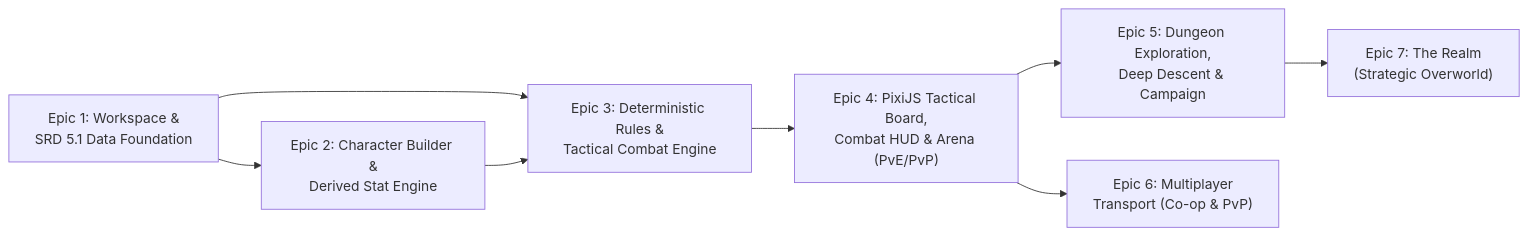
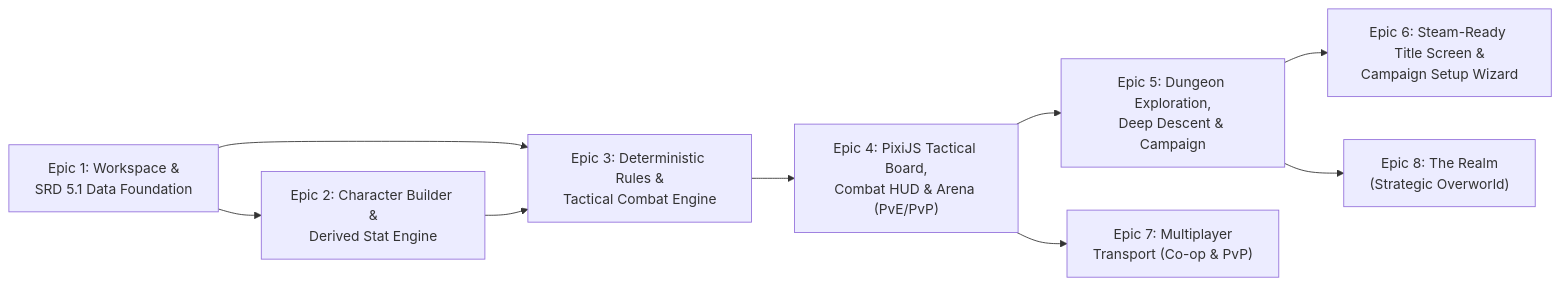
The diagram in BACKLOG.md (johwes/srd5-game), drawn with Mermaid before and after one commit. The commit also changed other lines of this file and 3 other files, not shown here.

Commit message:
docs: specify Steam-ready Title Screen, New Game Wizard, and CRPG launch flow (Spec 07 & Epic 6)

````diff
--- a/BACKLOG.md
+++ b/BACKLOG.md
@@ -14,10 +14,11 @@
 ```mermaid
 flowchart LR
     E1["Epic 1: Workspace &\nSRD 5.1 Data Foundation"] --> E2["Epic 2: Character Builder &\nDerived Stat Engine"]
     E1 --> E3["Epic 3: Deterministic Rules &\nTactical Combat Engine"]
     E2 --> E3
     E3 --> E4["Epic 4: PixiJS Tactical Board,\nCombat HUD & Arena (PvE/PvP)"]
     E4 --> E5["Epic 5: Dungeon Exploration,\nDeep Descent & Campaign"]
-    E4 --> E6["Epic 6: Multiplayer\nTransport (Co-op & PvP)"]
-    E5 --> E7["Epic 7: The Realm\n(Strategic Overworld)"]
+    E5 --> E6["Epic 6: Steam-Ready Title Screen &\nCampaign Setup Wizard"]
+    E4 --> E7["Epic 7: Multiplayer\nTransport (Co-op & PvP)"]
+    E5 --> E8["Epic 8: The Realm\n(Strategic Overworld)"]
 ```
````
